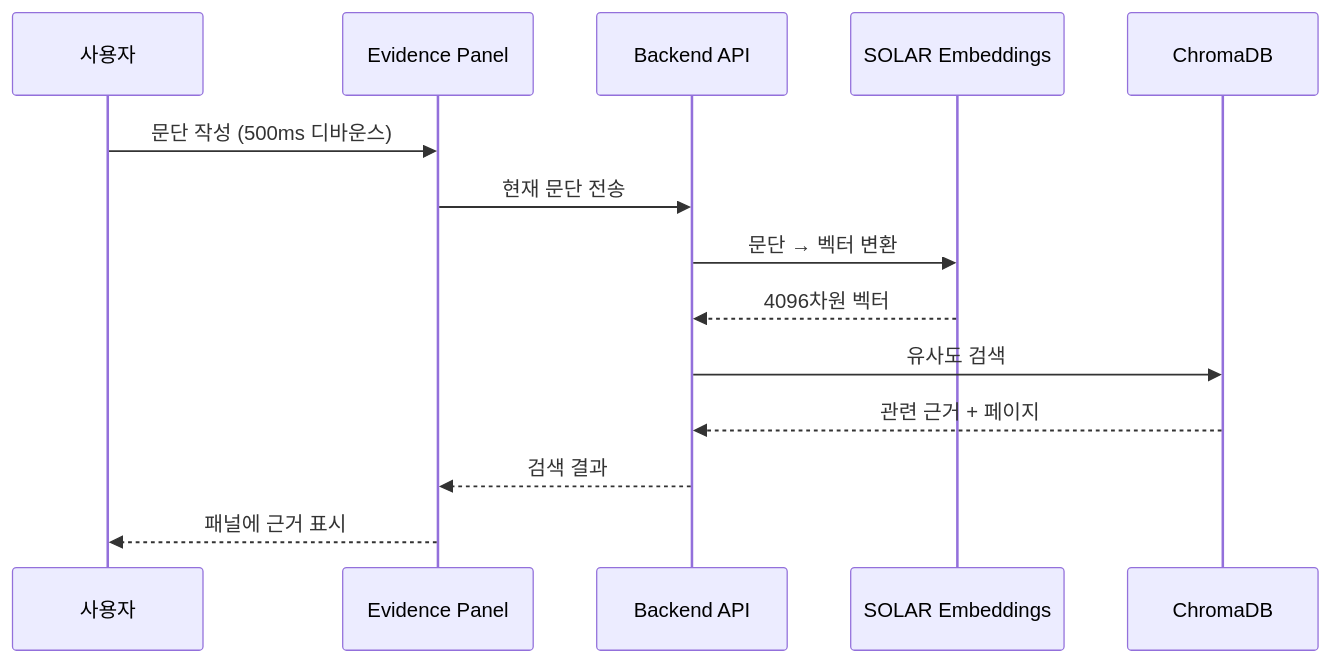
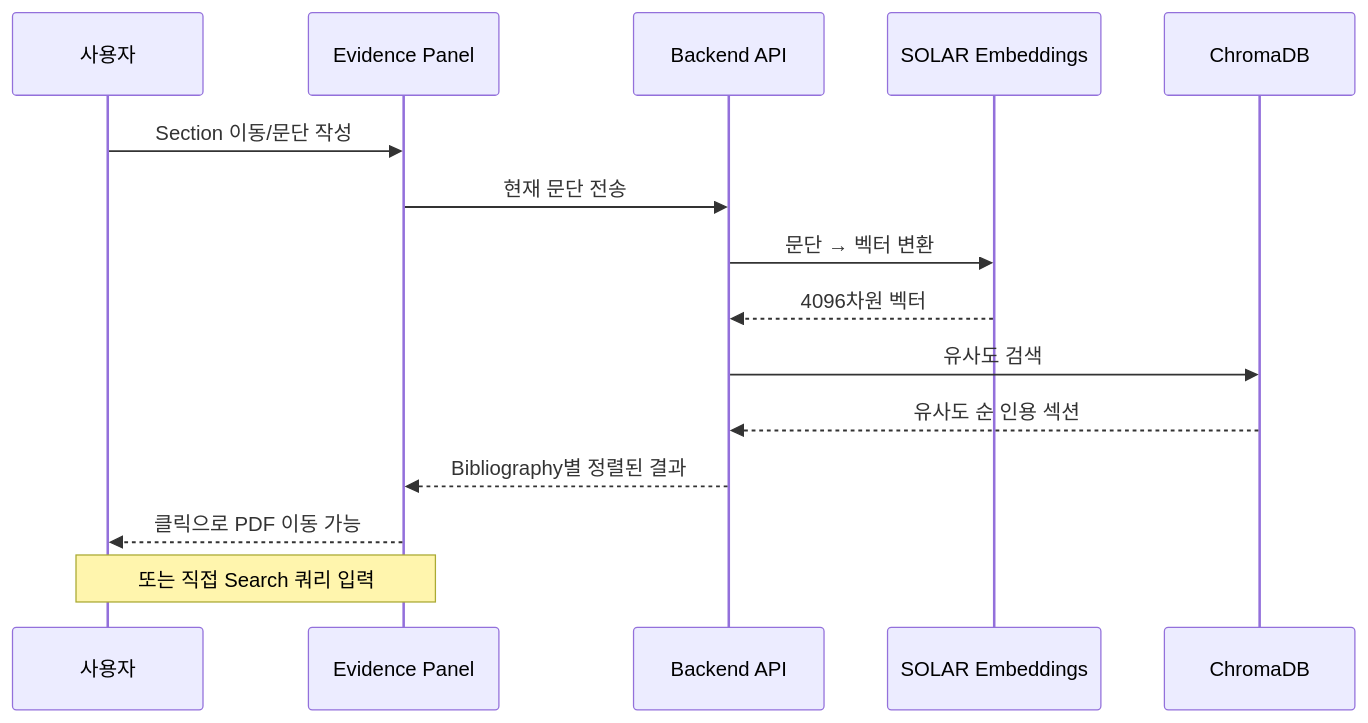
Before and after one commit to GoBeromsu/Quartaz: the second of 3 diagrams in content/Articles/Upstage AI Ambassador 2기 1차 project Blog.md, drawn with Mermaid. The commit also changed other lines of this file, not shown here.

````diff
--- a/content/Articles/Upstage AI Ambassador 2기 1차 project Blog.md
+++ b/content/Articles/Upstage AI Ambassador 2기 1차 project Blog.md
@@ -102,17 +106,19 @@
 ```mermaid
 sequenceDiagram
     participant U as 사용자
     participant E as Evidence Panel
     participant API as Backend API
     participant S as SOLAR Embeddings
     participant DB as ChromaDB
 
-    U->>E: 문단 작성 (500ms 디바운스)
+    U->>E: Section 이동/문단 작성
     E->>API: 현재 문단 전송
     API->>S: 문단 → 벡터 변환
     S-->>API: 4096차원 벡터
     API->>DB: 유사도 검색
-    DB-->>API: 관련 근거 + 페이지
-    API-->>E: 검색 결과
-    E-->>U: 패널에 근거 표시
+    DB-->>API: 유사도 순 인용 섹션
+    API-->>E: Bibliography별 정렬된 결과
+    E-->>U: 클릭으로 PDF 이동 가능
+
+    Note over U,E: 또는 직접 Search 쿼리 입력
 ```
````
